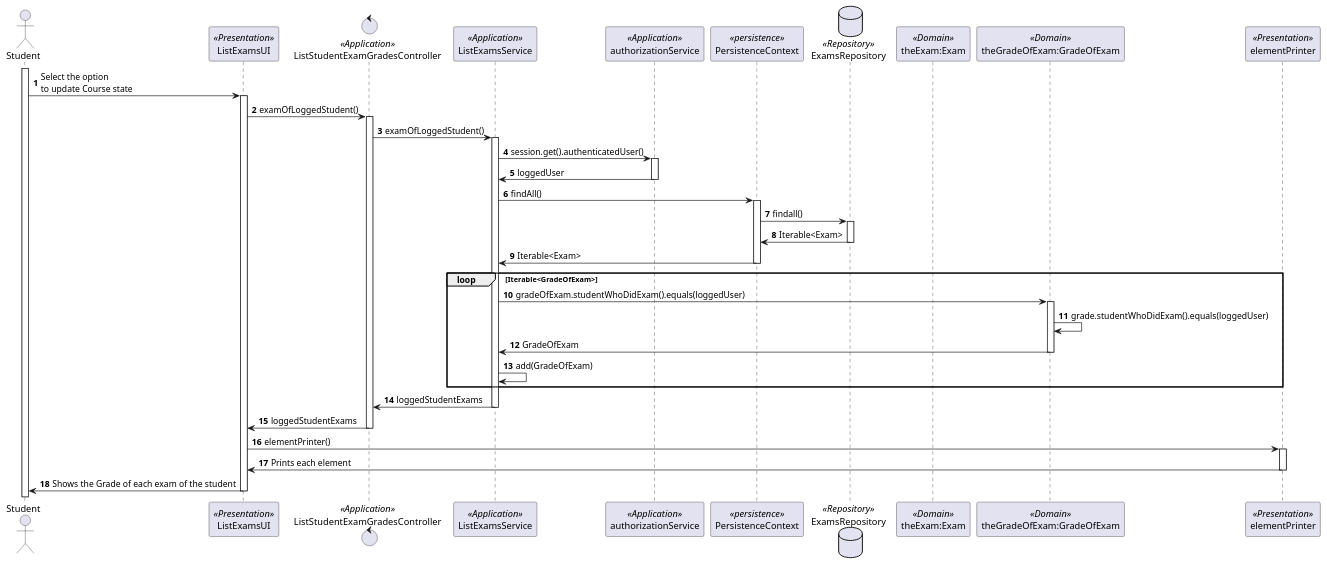
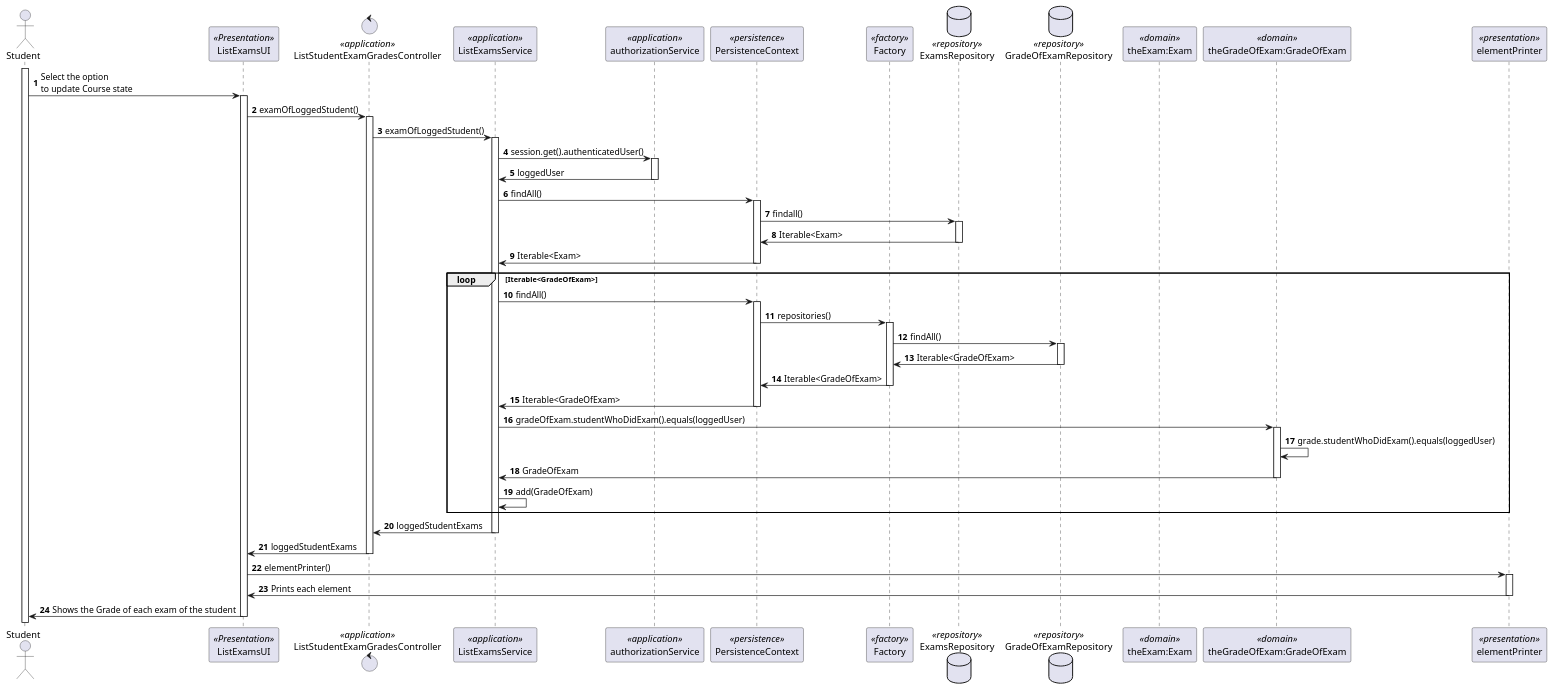
Before and after one commit to mascenso/isep-sem4-lapr4: the diagram in docs/SPRINT C/US2005 - Student List of Grades/US2005-SD.puml, drawn with PlantUML. The commit also changed 2 other files, not shown here.

```diff
--- a/docs/SPRINT C/US2005 - Student List of Grades/US2005-SD.puml
+++ b/docs/SPRINT C/US2005 - Student List of Grades/US2005-SD.puml
@@ -1,56 +1,70 @@
 @startuml
 'https://plantuml.com/sequence-diagram
 
 autonumber
 
 actor Student as Actor
 activate Actor
 participant ListExamsUI as UI <<Presentation>>
-control ListStudentExamGradesController as Controller <<Application>>
-participant ListExamsService as Service <<Application>>
-participant authorizationService as AuthService <<Application>>
+control ListStudentExamGradesController as Controller <<application>>
+participant ListExamsService as Service <<application>>
+participant authorizationService as AuthService <<application>>
 participant PersistenceContext as Persistence <<persistence>>
-database ExamsRepository as Repository <<Repository>>
-participant "theExam:Exam" as Exam <<Domain>>
-participant "theGradeOfExam:GradeOfExam" as GradeOfExam <<Domain>>
-participant elementPrinter as Printer <<Presentation>>
+participant Factory as Factory <<factory>>
+database ExamsRepository as Repository <<repository>>
+database GradeOfExamRepository as gradeOfExamRepository <<repository>>
+participant "theExam:Exam" as Exam <<domain>>
+participant "theGradeOfExam:GradeOfExam" as GradeOfExam <<domain>>
+participant elementPrinter as Printer <<presentation>>
 
 Actor -> UI: Select the option \nto update Course state
 activate UI
 UI -> Controller: examOfLoggedStudent()
 activate Controller
 Controller -> Service: examOfLoggedStudent()
 activate Service
 Service -> AuthService: session.get().authenticatedUser()
 activate AuthService
 AuthService -> Service: loggedUser
 deactivate AuthService
 Service -> Persistence: findAll()
 activate Persistence
 Persistence -> Repository: findall()
 activate Repository
 Repository -> Persistence: Iterable<Exam>
 deactivate Repository
 Persistence -> Service: Iterable<Exam>
 deactivate Persistence
     loop Iterable<GradeOfExam>
+        Service -> Persistence: findAll()
+        activate Persistence
+        Persistence -> Factory: repositories()
+        activate Factory
+        Factory -> gradeOfExamRepository: findAll()
+        activate gradeOfExamRepository
+        gradeOfExamRepository -> Factory: Iterable<GradeOfExam>
+        deactivate gradeOfExamRepository
+        Factory -> Persistence: Iterable<GradeOfExam>
+        deactivate Factory
+        Persistence -> Service: Iterable<GradeOfExam>
+        deactivate Persistence
         Service -> GradeOfExam: gradeOfExam.studentWhoDidExam().equals(loggedUser)
         activate GradeOfExam
         GradeOfExam -> GradeOfExam: grade.studentWhoDidExam().equals(loggedUser)
         GradeOfExam -> Service: GradeOfExam
         deactivate GradeOfExam
         Service -> Service: add(GradeOfExam)
     end
 Service -> Controller: loggedStudentExams
 deactivate Service
 Controller -> UI: loggedStudentExams
 deactivate Controller
 UI -> Printer: elementPrinter()
 activate Printer
 Printer -> UI: Prints each element
 deactivate Printer
 UI -> Actor: Shows the Grade of each exam of the student
 deactivate UI
 
 
 @enduml
```
